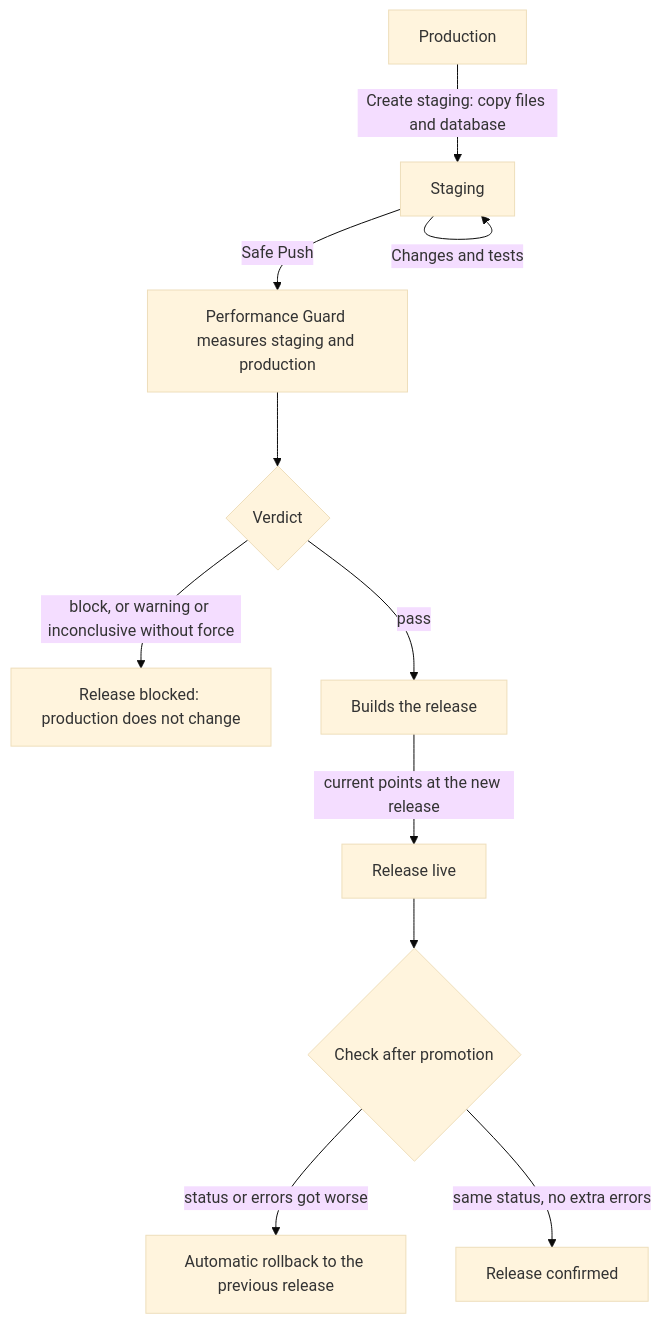
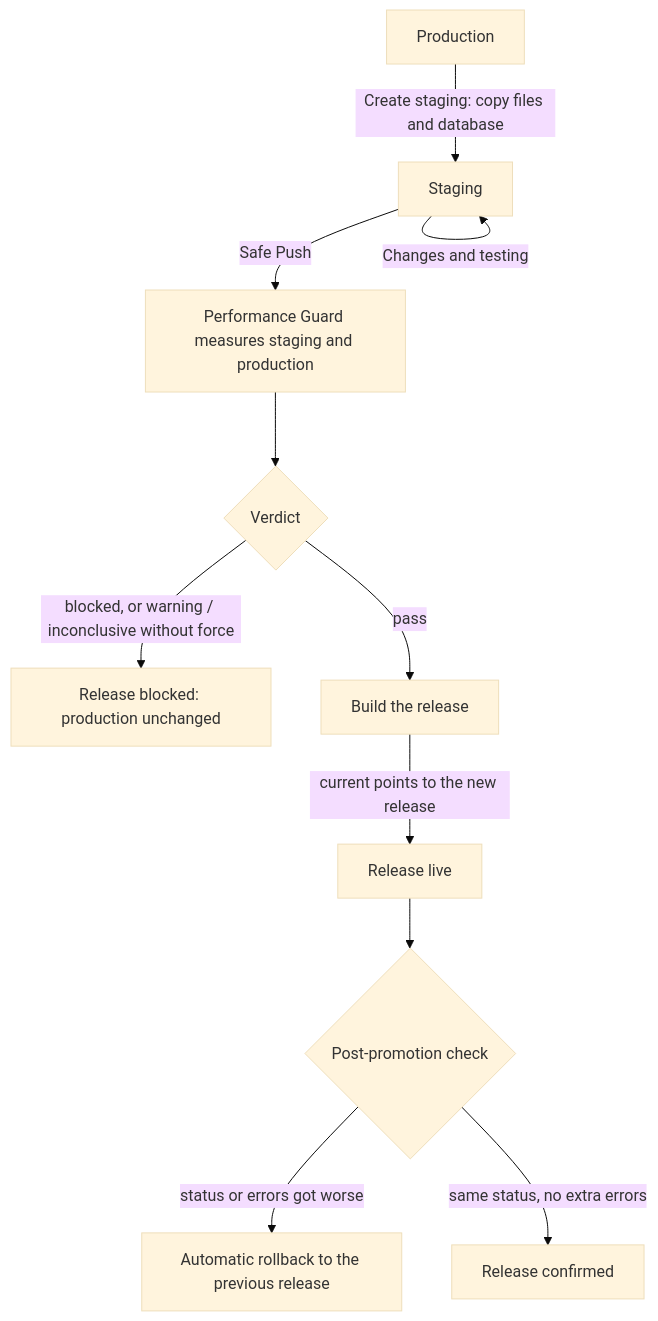
Before and after one commit to cloudground-it/cloudground-docs: the diagram in i18n/en/docusaurus-plugin-content-docs/current/explanation/staging-and-safe-push.mdx, drawn with Mermaid (base theme). The commit also changed other lines of this file and 21 other files, not shown here.

````diff
--- a/i18n/en/docusaurus-plugin-content-docs/current/explanation/staging-and-safe-push.mdx
+++ b/i18n/en/docusaurus-plugin-content-docs/current/explanation/staging-and-safe-push.mdx
@@ -53,13 +54,13 @@
 ```mermaid
 flowchart TD
   P["Production"] -->|"Create staging: copy files and database"| S["Staging"]
-  S -->|"Changes and tests"| S
+  S -->|"Changes and testing"| S
   S -->|"Safe Push"| G["Performance Guard measures staging and production"]
   G --> V{"Verdict"}
-  V -->|"block, or warning or inconclusive without force"| B["Release blocked: production does not change"]
-  V -->|"pass"| R["Builds the release"]
-  R -->|"current points at the new release"| A["Release live"]
-  A --> C{"Check after promotion"}
+  V -->|"blocked, or warning / inconclusive without force"| B["Release blocked: production unchanged"]
+  V -->|"pass"| R["Build the release"]
+  R -->|"current points to the new release"| A["Release live"]
+  A --> C{"Post-promotion check"}
   C -->|"status or errors got worse"| RB["Automatic rollback to the previous release"]
   C -->|"same status, no extra errors"| OK["Release confirmed"]
 ```
````
